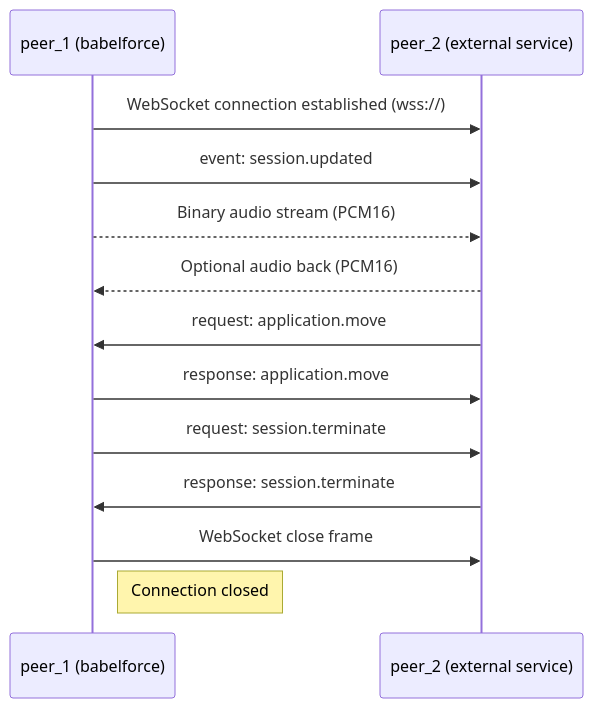
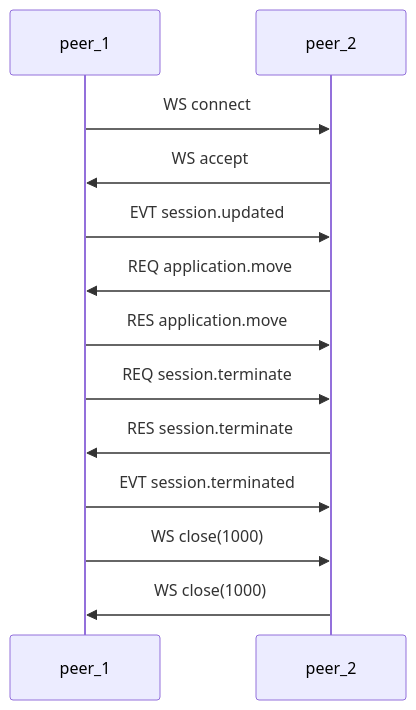
The diagram in README.md (babelforce/rtvbp), drawn with Mermaid before and after one commit. The commit also changed other lines of this file, not shown here.

````diff
--- a/README.md
+++ b/README.md
@@ -205,30 +160,16 @@
 ```mermaid
 sequenceDiagram
-    participant Peer_1 as peer_1 (babelforce)
-    participant Peer_2 as peer_2 (external service)
+    participant peer_1
+    participant peer_2
 
-    %% Step 1: Connection established
-    Peer_1->>Peer_2: WebSocket connection established (wss://)
-
-    %% Step 2: Initialization
-    Peer_1->>Peer_2: event: session.updated
-
-    %% Step 3: Audio exchange
-    Peer_1-->>Peer_2: Binary audio stream (PCM16)
-    Peer_2-->>Peer_1: Optional audio back (PCM16)
-
-    %% Step 4: Call move request
-    Peer_2->>Peer_1: request: application.move
-
-    %% Step 5: Acknowledge call move
-    Peer_1->>Peer_2: response: application.move
-
-    %% Step 6: Session termination
-    Peer_1->>Peer_2: request: session.terminate
-    Peer_2->>Peer_1: response: session.terminate
-
-    %% Step 7: Close connection
-    Peer_1->>Peer_2: WebSocket close frame
-    Note right of Peer_1: Connection closed
-
+    peer_1->>peer_2: WS connect
+    peer_2->>peer_1: WS accept
+    peer_1->>peer_2: EVT session.updated
+    peer_2->>peer_1: REQ application.move
+    peer_1->>peer_2: RES application.move
+    peer_1->>peer_2: REQ session.terminate
+    peer_2->>peer_1: RES session.terminate
+    peer_1->>peer_2: EVT session.terminated
+    peer_1->>peer_2: WS close(1000)
+    peer_2->>peer_1: WS close(1000)
 ```
````
